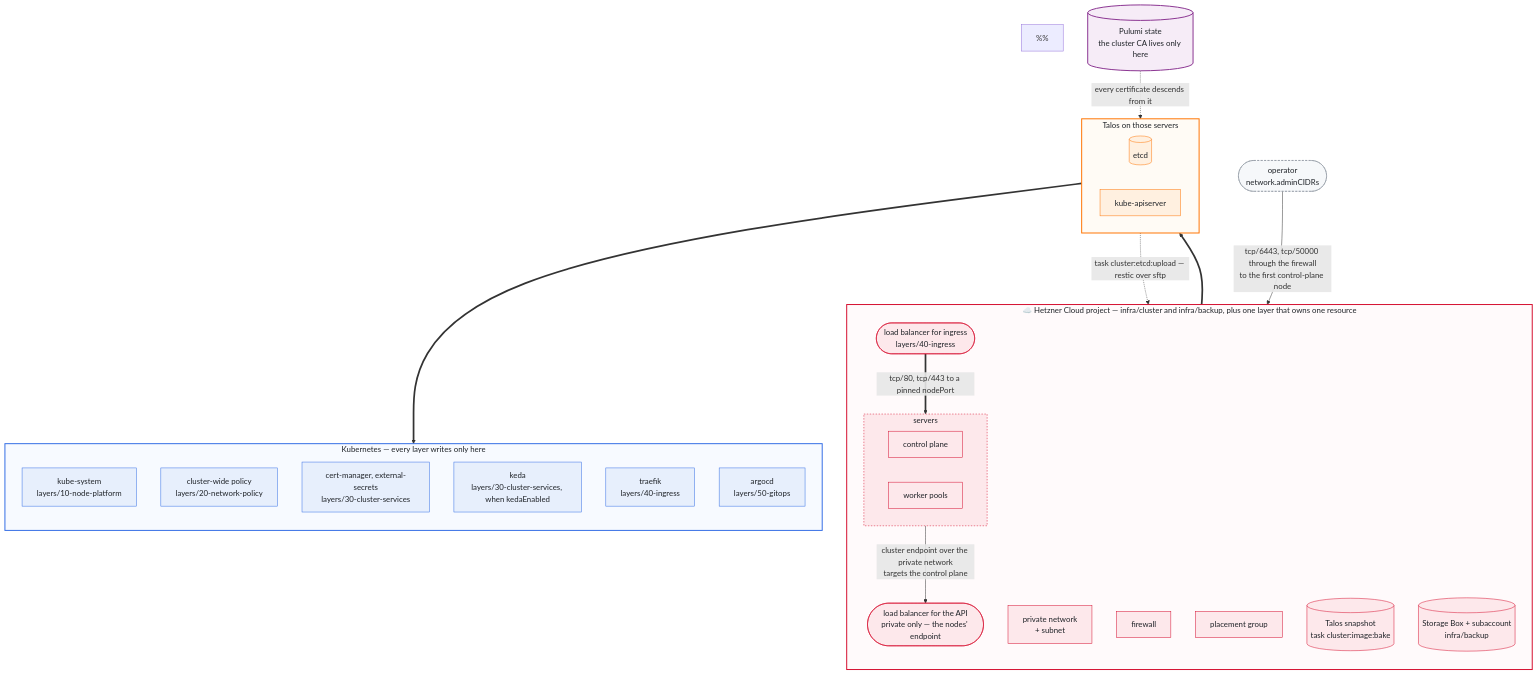
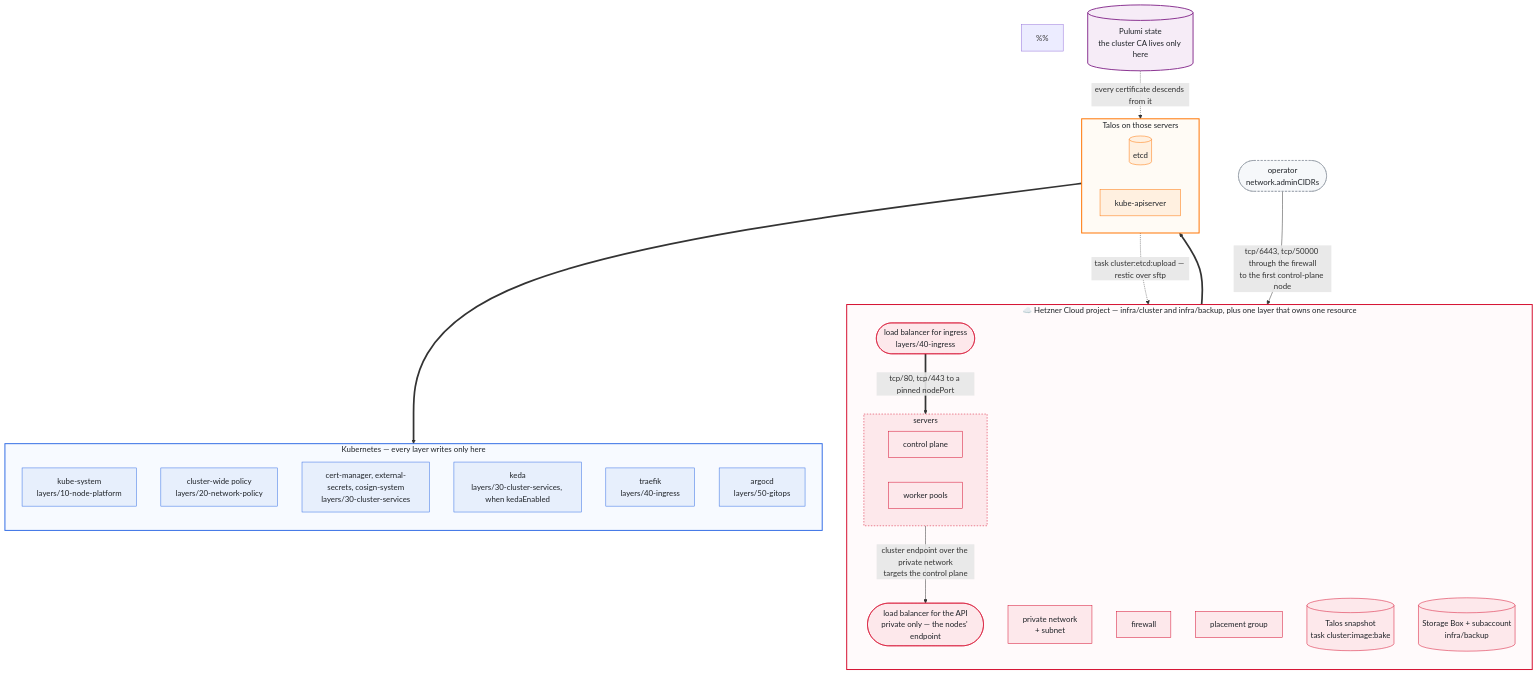
The first of 2 diagrams in docs/design.md (oleg-tkachuk/hetzner-iac), drawn with Mermaid before and after one commit. The commit also changed 9 other files, not shown here.

First line of the commit message:
feat(cluster-services): install the sigstore policy-controller

````diff
--- a/docs/design.md
+++ b/docs/design.md
@@ -12,72 +12,72 @@
 ```mermaid
 flowchart TB
     %% Palette from the README badges: Hetzner red, Talos orange, Kubernetes
     %% blue, so the header and the diagrams read as one thing and the colour
     %% says whose territory a box is in.
     %%
     %% Fills are pale and text is near-black explicitly. GitHub renders this in
     %% both themes, and a colour left to the theme picks one of them and is
     %% unreadable in the other.
     classDef hetzner fill:#fde8eb,stroke:#d50c2d,stroke-width:1px,color:#1f2328
     classDef talos fill:#fff0e0,stroke:#ff7300,stroke-width:1px,color:#1f2328
     classDef kube fill:#e7effc,stroke:#326ce5,stroke-width:1px,color:#1f2328
     classDef derived fill:#f6f8fa,stroke:#8c959f,stroke-width:1px,stroke-dasharray:4 3,color:#1f2328
     classDef state fill:#f6ecf7,stroke:#8a3391,stroke-width:2px,color:#1f2328
 
     subgraph hetzner["☁️ Hetzner Cloud project — infra/cluster and infra/backup, plus one layer that owns one resource"]
         direction TB
         net["private network<br/>+ subnet"]
         fw["firewall"]
         pg["placement group"]
         snap[("Talos snapshot<br/>task cluster:image:bake")]
 
         subgraph servers["servers"]
             direction LR
             cp["control plane"]
             wk["worker pools"]
         end
 
         apilb(["load balancer for the API<br/>private only — the nodes' endpoint"])
         inglb(["load balancer for ingress<br/>layers/40-ingress"])
         box[("Storage Box + subaccount<br/>infra/backup")]
     end
 
     subgraph talos["Talos on those servers"]
         direction LR
         etcd[("etcd")]
         api["kube-apiserver"]
     end
 
     subgraph k8s["Kubernetes — every layer writes only here"]
         direction TB
         ks["kube-system<br/>layers/10-node-platform"]
         pol["cluster-wide policy<br/>layers/20-network-policy"]
-        cmns["cert-manager, external-secrets<br/>layers/30-cluster-services"]
+        cmns["cert-manager, external-secrets, cosign-system<br/>layers/30-cluster-services"]
         kedans["keda<br/>layers/30-cluster-services, when kedaEnabled"]
         tns["traefik<br/>layers/40-ingress"]
         argons["argocd<br/>layers/50-gitops"]
     end
 
     trust[("Pulumi state<br/>the cluster CA lives only here")]
     op(["operator<br/>network.adminCIDRs"])
 
     trust -.->|"every certificate descends from it"| talos
     servers ==> talos
     talos ==> k8s
     inglb ==>|"tcp/80, tcp/443 to a pinned nodePort"| servers
     servers -->|"cluster endpoint over the private network<br/>targets the control plane"| apilb
     op -->|"tcp/6443, tcp/50000 through the firewall<br/>to the first control-plane node"| fw
     etcd -.->|"task cluster:etcd:upload — restic over sftp"| box
 
     class net,fw,pg,snap,cp,wk,box hetzner
     class apilb,inglb hetzner
     class etcd,api talos
     class ks,pol,cmns,kedans,tns,argons kube
     class trust state
     class op derived
 
     style hetzner fill:#fffafb,stroke:#d50c2d,stroke-width:2px,color:#1f2328
     style servers fill:#fde8eb,stroke:#d50c2d,stroke-dasharray:3 3,color:#1f2328
     style talos fill:#fffbf5,stroke:#ff7300,stroke-width:2px,color:#1f2328
     style k8s fill:#f7faff,stroke:#326ce5,stroke-width:2px,color:#1f2328
 ```
````
